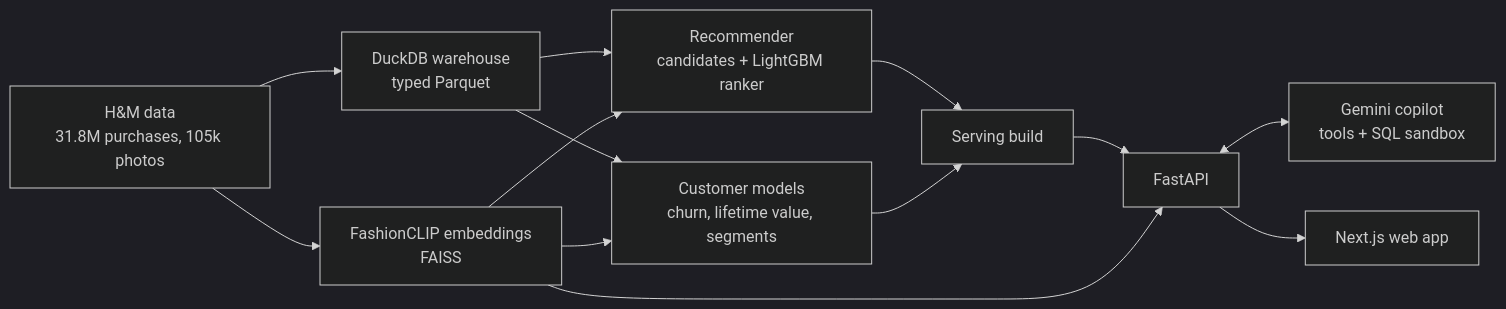
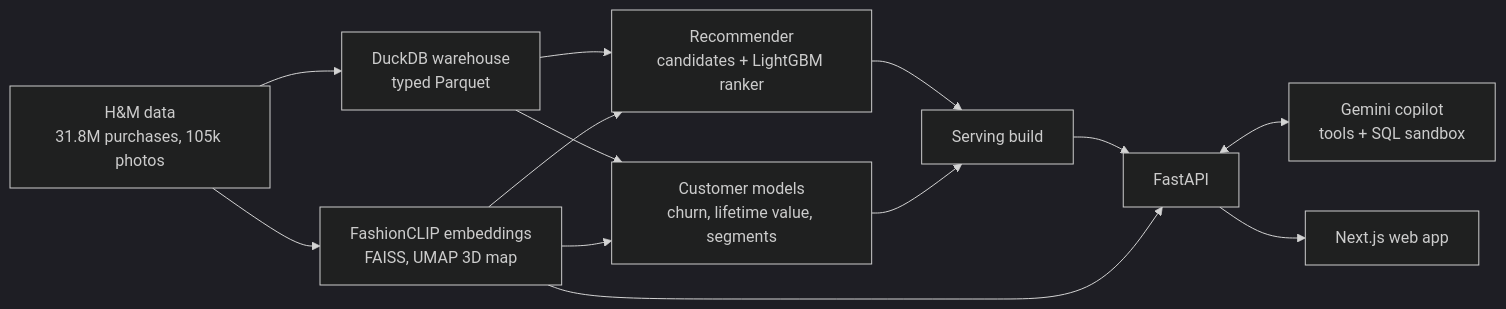
Before and after one commit to mehulp007/ECommerce-Intelligence-Engine: the diagram in README.md, drawn with Mermaid (dark theme). The commit also changed other lines of this file and 24 other files, not shown here.

````diff
--- a/README.md
+++ b/README.md
@@ -48,15 +52,15 @@
 ```mermaid
 flowchart LR
     D["H&M data<br/>31.8M purchases, 105k photos"] --> W["DuckDB warehouse<br/>typed Parquet"]
-    D --> E["FashionCLIP embeddings<br/>FAISS"]
+    D --> E["FashionCLIP embeddings<br/>FAISS, UMAP 3D map"]
     W --> R["Recommender<br/>candidates + LightGBM ranker"]
     W --> C["Customer models<br/>churn, lifetime value, segments"]
     E --> R
     E --> C
     R --> S["Serving build"]
     C --> S
     S --> A["FastAPI"]
     E --> A
     A <--> G["Gemini copilot<br/>tools + SQL sandbox"]
     A --> N["Next.js web app"]
 ```
````
